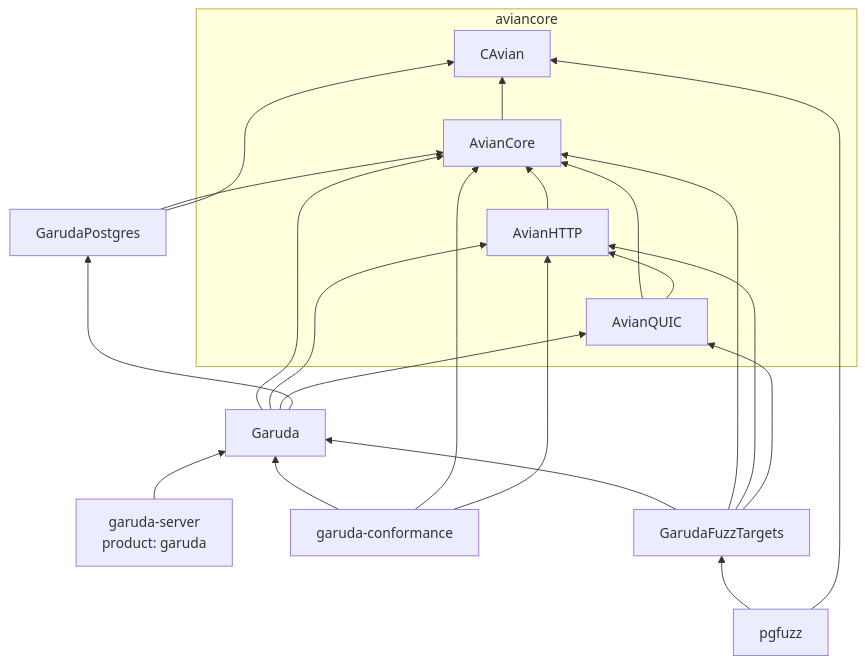
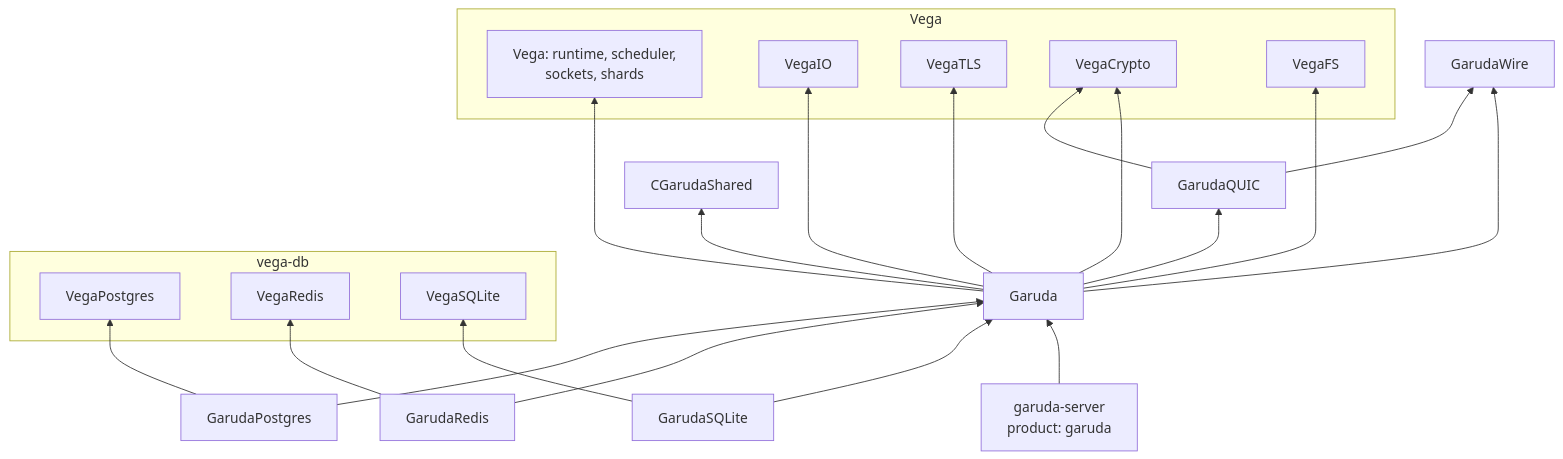
Before and after one commit to grepjava/garuda: the first of 3 diagrams in ARCHITECTURE.md, drawn with Mermaid. The commit also changed other lines of this file, not shown here.

Commit message:
ARCHITECTURE.md for Garuda 2: shards under Vega's supervisor, the work-stealing runtime, HTTP/1.1, HTTP/2 and HTTP/3 on Vega, the heavy lane, shared memory regions

````diff
--- a/ARCHITECTURE.md
+++ b/ARCHITECTURE.md
@@ -37,26 +37,29 @@
 ```mermaid
 flowchart BT
-    subgraph aviancore
-        CAvian
-        Core[AvianCore] --> CAvian
-        HTTP[AvianHTTP] --> Core
-        QUIC[AvianQUIC] --> Core
-        QUIC --> HTTP
+    subgraph vega[Vega]
+        Vega[Vega: runtime, scheduler,<br/>sockets, shards]
+        VegaIO
+        VegaTLS
+        VegaCrypto
+        VegaFS
     end
-    PG[GarudaPostgres] --> Core
-    PG --> CAvian
-    Garuda --> Core
-    Garuda --> HTTP
+    subgraph vegadb[vega-db]
+        VegaPostgres
+        VegaRedis
+        VegaSQLite
+    end
+    Wire[GarudaWire]
+    QUIC[GarudaQUIC] --> Wire
+    QUIC --> VegaCrypto
+    Garuda --> Wire
     Garuda --> QUIC
-    Garuda --> PG
+    Garuda --> CGarudaShared
+    Garuda --> Vega & VegaIO & VegaTLS & VegaCrypto & VegaFS
+    GP[GarudaPostgres] --> Garuda
+    GP --> VegaPostgres
+    GR[GarudaRedis] --> Garuda
+    GR --> VegaRedis
+    GS[GarudaSQLite] --> Garuda
+    GS --> VegaSQLite
     server["garuda-server<br/>product: garuda"] --> Garuda
-    conf[garuda-conformance] --> Garuda
-    conf --> Core
-    conf --> HTTP
-    FT[GarudaFuzzTargets] --> Garuda
-    FT --> Core
-    FT --> HTTP
-    FT --> QUIC
-    pgfuzz --> FT
-    pgfuzz --> CAvian
 ```
````
